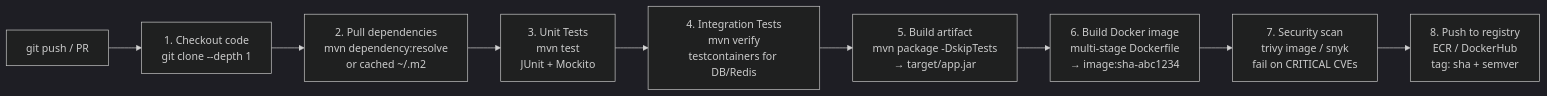
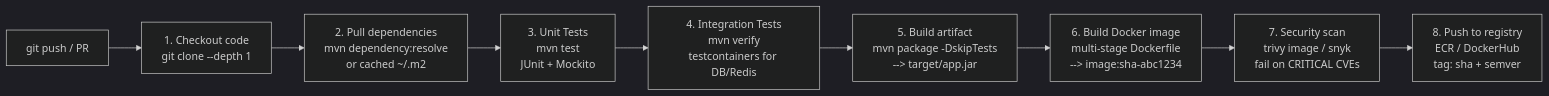
Before and after one commit to deepanshu-rawat6/tour-of-go: the first of 3 diagrams in devops/cicd/pipeline-design.md, drawn with Mermaid (dark theme). The commit also changed other lines of this file and 25 other files, not shown here.

````diff
--- a/devops/cicd/pipeline-design.md
+++ b/devops/cicd/pipeline-design.md
@@ -5,11 +5,11 @@
 ```mermaid
 graph LR
     PUSH["git push / PR"] --> CHECKOUT["1. Checkout code<br>git clone --depth 1"]
     CHECKOUT --> DEPS["2. Pull dependencies<br>mvn dependency:resolve<br>or cached ~/.m2"]
     DEPS --> UNIT["3. Unit Tests<br>mvn test<br>JUnit + Mockito"]
     UNIT --> INTEG["4. Integration Tests<br>mvn verify<br>testcontainers for DB/Redis"]
-    INTEG --> BUILD["5. Build artifact<br>mvn package -DskipTests<br>→ target/app.jar"]
-    BUILD --> DOCKER["6. Build Docker image<br>multi-stage Dockerfile<br>→ image:sha-abc1234"]
+    INTEG --> BUILD["5. Build artifact<br>mvn package -DskipTests<br>--> target/app.jar"]
+    BUILD --> DOCKER["6. Build Docker image<br>multi-stage Dockerfile<br>--> image:sha-abc1234"]
     DOCKER --> SCAN["7. Security scan<br>trivy image / snyk<br>fail on CRITICAL CVEs"]
     SCAN --> PUSH_IMG["8. Push to registry<br>ECR / DockerHub<br>tag: sha + semver"]
 ```
````
